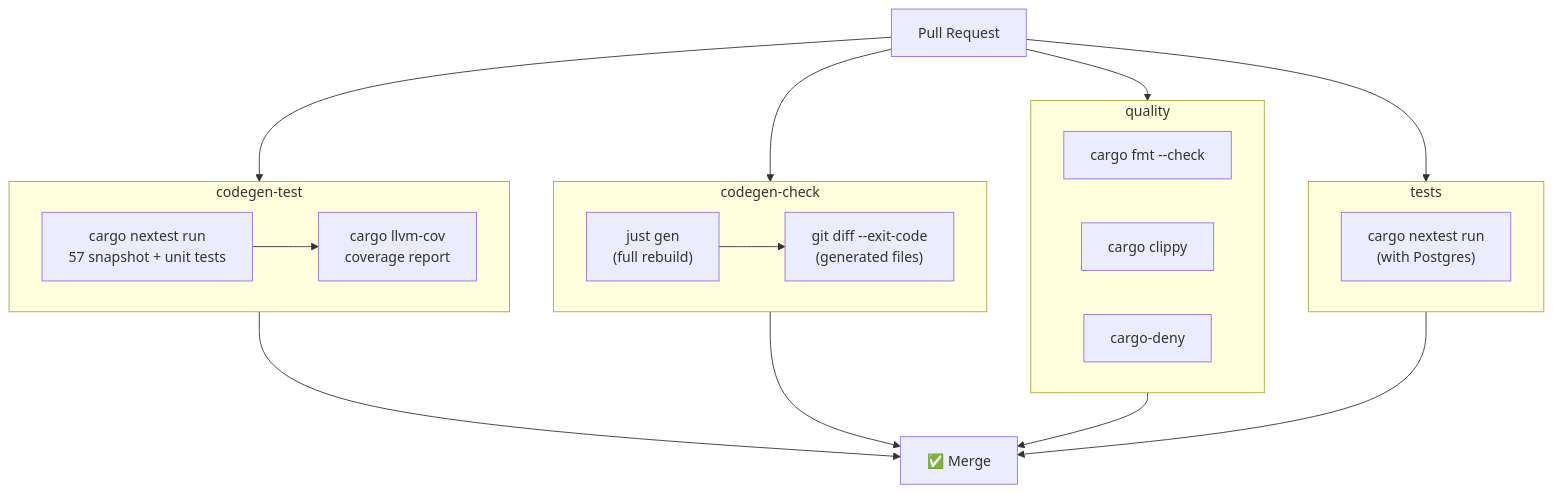
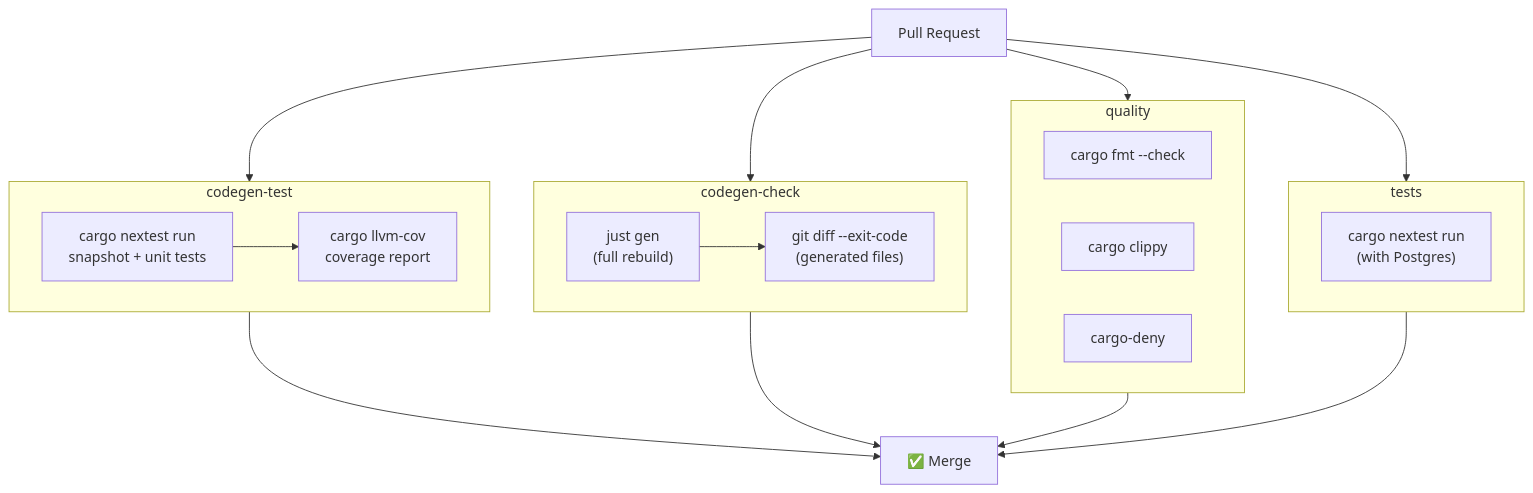
One commit to anu19981/aarokya-backend changed the tenth of 10 diagrams in api-reference/architecture/smithy-codegen-guide.mdx. Above: the diagram before and after it, drawn with Mermaid. The commit also changed other lines of this file and 82 other files, not shown here.

````diff
--- a/api-reference/architecture/smithy-codegen-guide.mdx
+++ b/api-reference/architecture/smithy-codegen-guide.mdx
@@ -441,28 +454,28 @@
 ```mermaid
 flowchart TD
     PR["Pull Request"] --> J1 & J2 & J3 & J4
 
     subgraph J1["codegen-test"]
-        T1["cargo nextest run<br/>57 snapshot + unit tests"]
+        T1["cargo nextest run<br/>snapshot + unit tests"]
         T2["cargo llvm-cov<br/>coverage report"]
         T1 --> T2
     end
 
     subgraph J2["codegen-check"]
         C1["just gen<br/>(full rebuild)"]
         C2["git diff --exit-code<br/>(generated files)"]
         C1 --> C2
     end
 
     subgraph J3["quality"]
         Q1["cargo fmt --check"]
         Q2["cargo clippy"]
         Q3["cargo-deny"]
     end
 
     subgraph J4["tests"]
         T3["cargo nextest run<br/>(with Postgres)"]
     end
 
     J1 & J2 & J3 & J4 --> MERGE["✅ Merge"]
 ```
````
